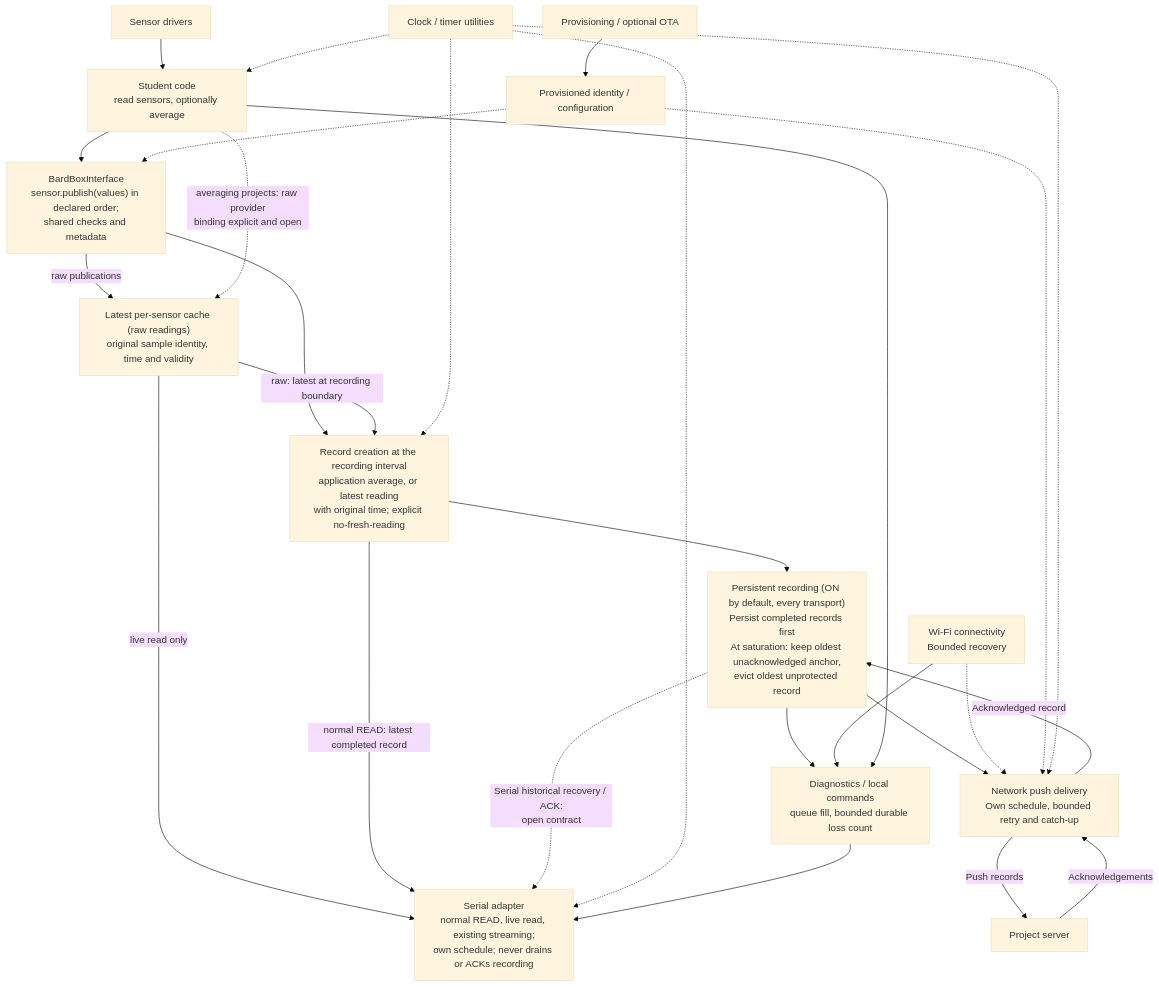
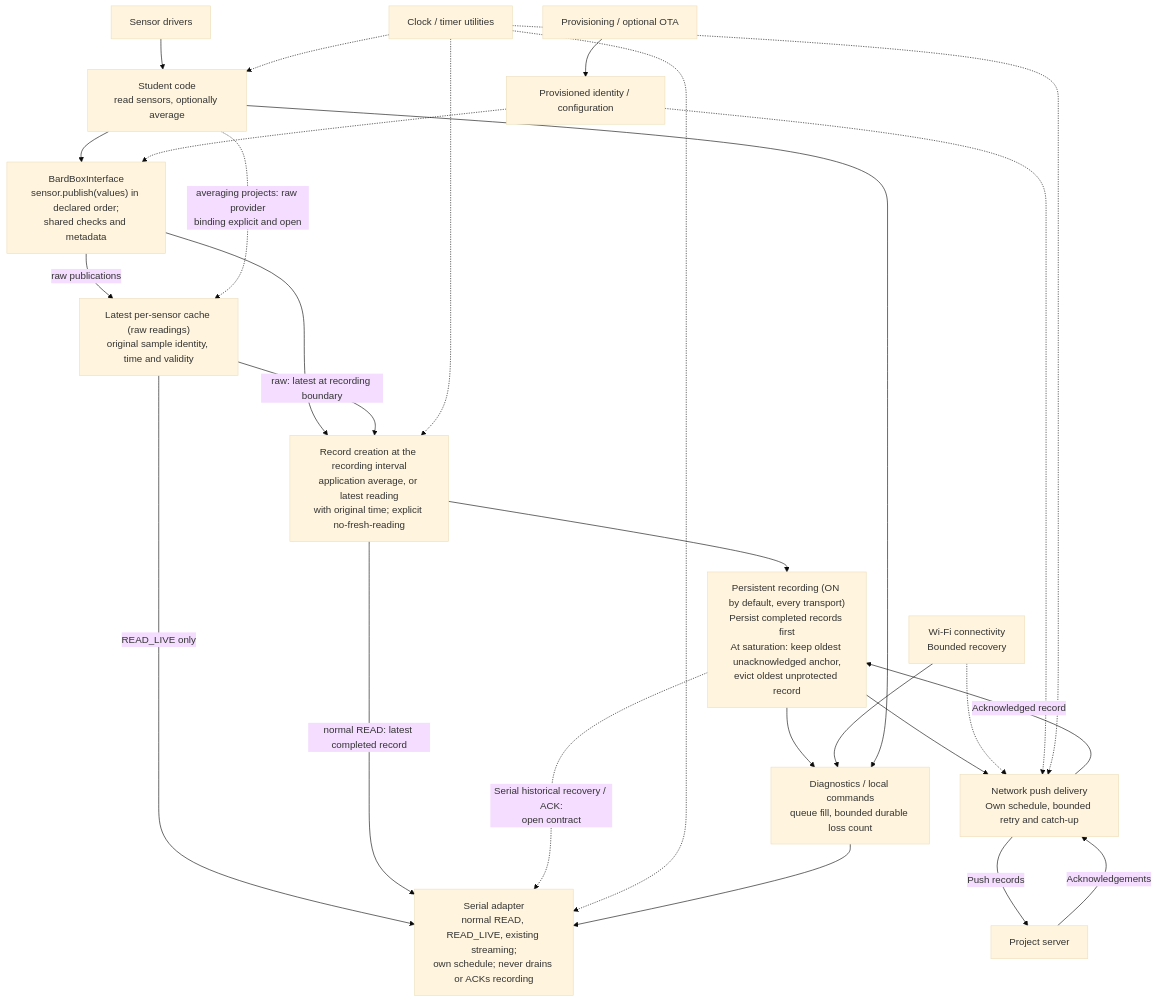
Before and after one commit to bardphysicslab/bardbox: the first of 3 diagrams in docs/architecture-map.md, drawn with Mermaid (base theme). The commit also changed other lines of this file and 2 other files, not shown here.

Commit message:
docs: name the one-shot diagnostic command READ_LIVE

````diff
--- a/docs/architecture-map.md
+++ b/docs/architecture-map.md
@@ -45,30 +45,30 @@
 ```mermaid
 flowchart TB
     Sensors["Sensor drivers"] --> Acquisition["Student code<br/>read sensors, optionally average"]
     Acquisition --> Publish["BardBoxInterface<br/>sensor.publish(values) in declared order;<br/>shared checks and metadata"]
     Publish -->|"raw publications"| Latest["Latest per-sensor cache (raw readings)<br/>original sample identity, time and validity"]
     Acquisition -.->|"averaging projects: raw provider<br/>binding explicit and open"| Latest
-    Latest -->|"live read only"| Serial["Serial adapter<br/>normal READ, live read, existing streaming;<br/>own schedule; never drains or ACKs recording"]
+    Latest -->|"READ_LIVE only"| Serial["Serial adapter<br/>normal READ, READ_LIVE, existing streaming;<br/>own schedule; never drains or ACKs recording"]
     Publish --> Records["Record creation at the recording interval<br/>application average, or latest reading<br/>with original time; explicit no-fresh-reading"]
     Latest -->|"raw: latest at recording boundary"| Records
     Records -->|"normal READ: latest completed record"| Serial
     Records --> Queue["Persistent recording (ON by default, every transport)<br/>Persist completed records first<br/>At saturation: keep oldest unacknowledged anchor,<br/>evict oldest unprotected record"]
     Queue --> Upload["Network push delivery<br/>Own schedule, bounded retry and catch-up"]
     Upload -->|Acknowledged record| Queue
     Upload -->|Push records| Server["Project server"]
     Server -->|Acknowledgements| Upload
     Queue -.->|"Serial historical recovery / ACK:<br/>open contract"| Serial
     WiFi["Wi-Fi connectivity<br/>Bounded recovery"] -.-> Upload
     Identity["Provisioned identity / configuration"] -.-> Publish
     Identity -.-> Upload
     Time["Clock / timer utilities"] -.-> Acquisition
     Time -.-> Records
     Time -.-> Serial
     Time -.-> Upload
     Diagnostics["Diagnostics / local commands<br/>queue fill, bounded durable loss count"]
     Queue --> Diagnostics
     WiFi --> Diagnostics
     Acquisition --> Diagnostics
     Diagnostics --> Serial
     Maintenance["Provisioning / optional OTA"] --> Identity
 ```
````
